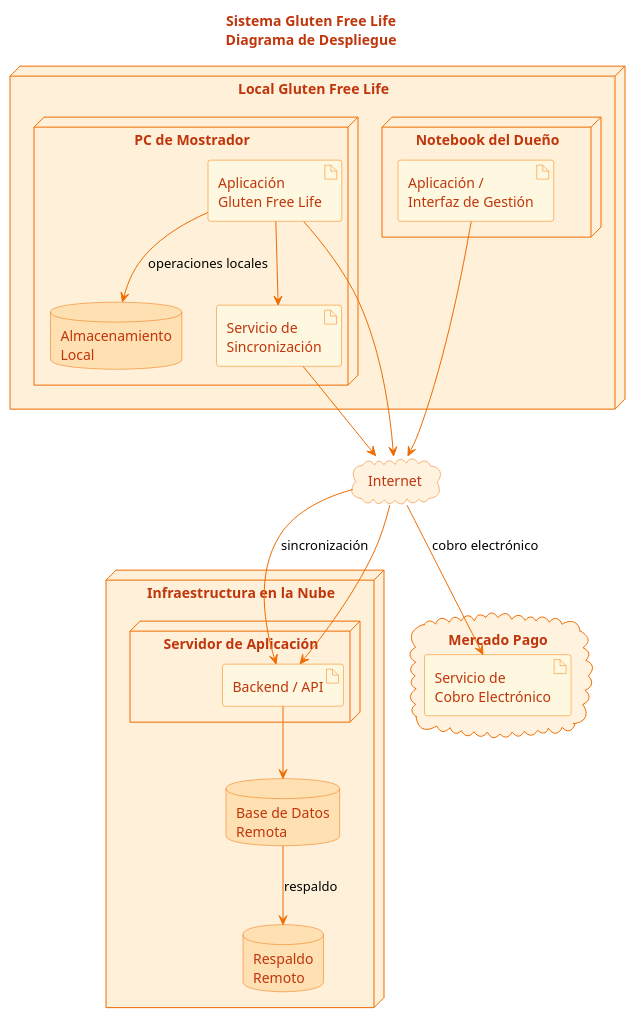
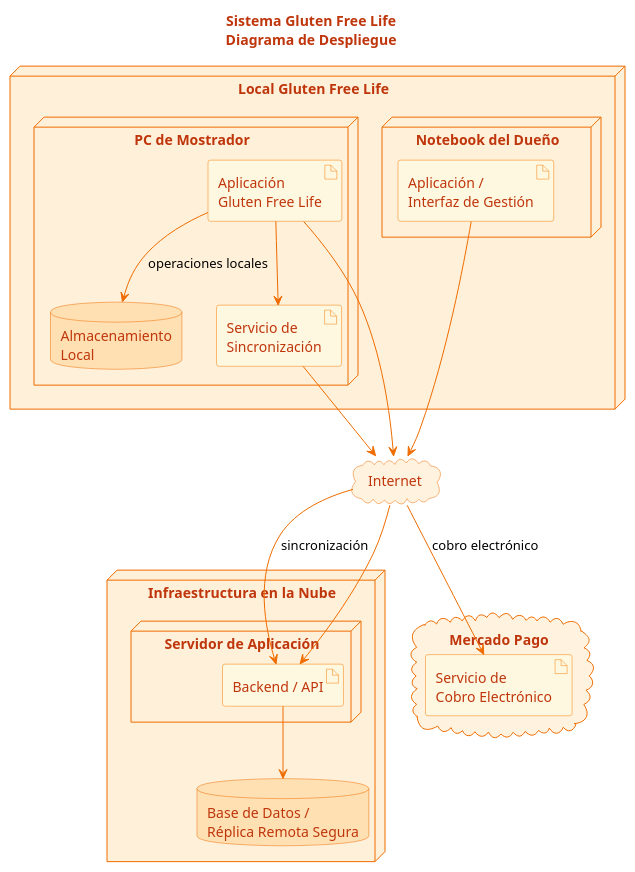
The diagram in diagrama-despliegue.puml (ailenpaez/Diagramas-Etapa2-PP4-Override), drawn with PlantUML before and after one commit. The commit also changed 2 other files, not shown here.

Commit message:
Correcciones en diagramas

```diff
--- a/diagrama-despliegue.puml
+++ b/diagrama-despliegue.puml
@@ -1,78 +1,75 @@
 @startuml
 title Sistema Gluten Free Life\nDiagrama de Despliegue
 
 skinparam backgroundColor #FFFFFF
 
 skinparam node {
     BackgroundColor #FFF0D9
     BorderColor #EF6C00
     FontColor #BF360C
 }
 
 skinparam database {
     BackgroundColor #FFE0B2
     BorderColor #EF6C00
     FontColor #BF360C
 }
 
 skinparam artifact {
     BackgroundColor #FFF8E1
     BorderColor #F57C00
     FontColor #BF360C
 }
 
 skinparam cloud {
     BackgroundColor #FFF3E0
     BorderColor #EF6C00
     FontColor #BF360C
 }
 
 skinparam ArrowColor #EF6C00
 skinparam titleFontColor #BF360C
 
 node "Local Gluten Free Life" {
 
     node "PC de Mostrador" as PC {
         artifact "Aplicación\nGluten Free Life" as AppMostrador
         database "Almacenamiento\nLocal" as DBLocal
         artifact "Servicio de\nSincronización" as Sync
     }
 
     node "Notebook del Dueño" as Notebook {
         artifact "Aplicación /\nInterfaz de Gestión" as AppDueno
     }
 }
 
 cloud "Internet" as Internet
 
 node "Infraestructura en la Nube" as Cloud {
 
     node "Servidor de Aplicación" as Server {
         artifact "Backend / API" as API
     }
 
-    database "Base de Datos\nRemota" as DBRemote
-
-    database "Respaldo\nRemoto" as Backup
+    database "Base de Datos /\nRéplica Remota Segura" as DBRemote
 }
 
 cloud "Mercado Pago" as MP {
     artifact "Servicio de\nCobro Electrónico" as MPAPI
 }
 
 AppMostrador --> DBLocal : operaciones locales
 AppMostrador --> Sync
 
 Sync --> Internet
 Internet --> API : sincronización
 
 AppDueno --> Internet
 Internet --> API
 
 API --> DBRemote
-DBRemote --> Backup : respaldo
 
 AppMostrador --> Internet
 Internet --> MPAPI : cobro electrónico
 
 @enduml
```
